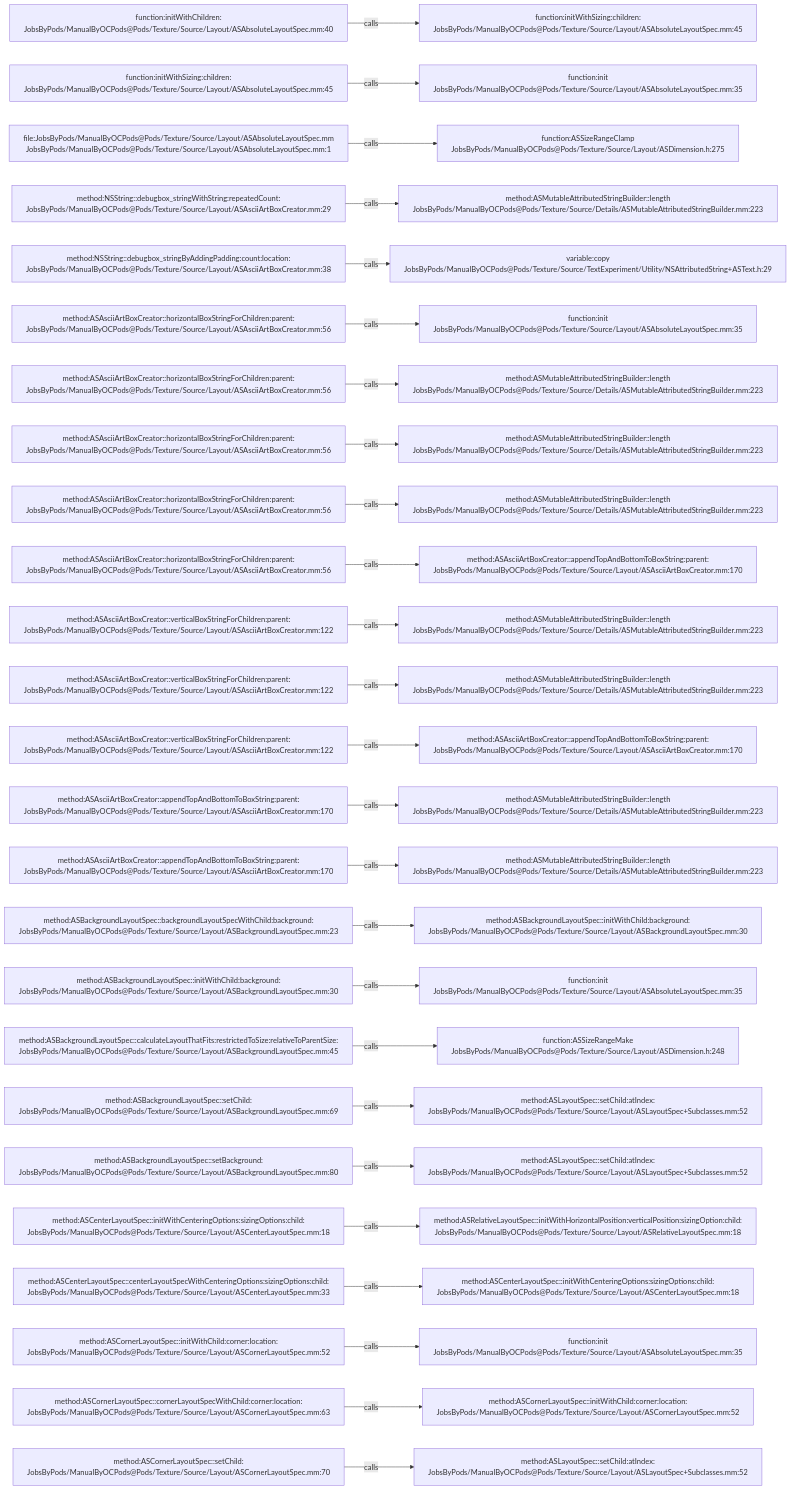
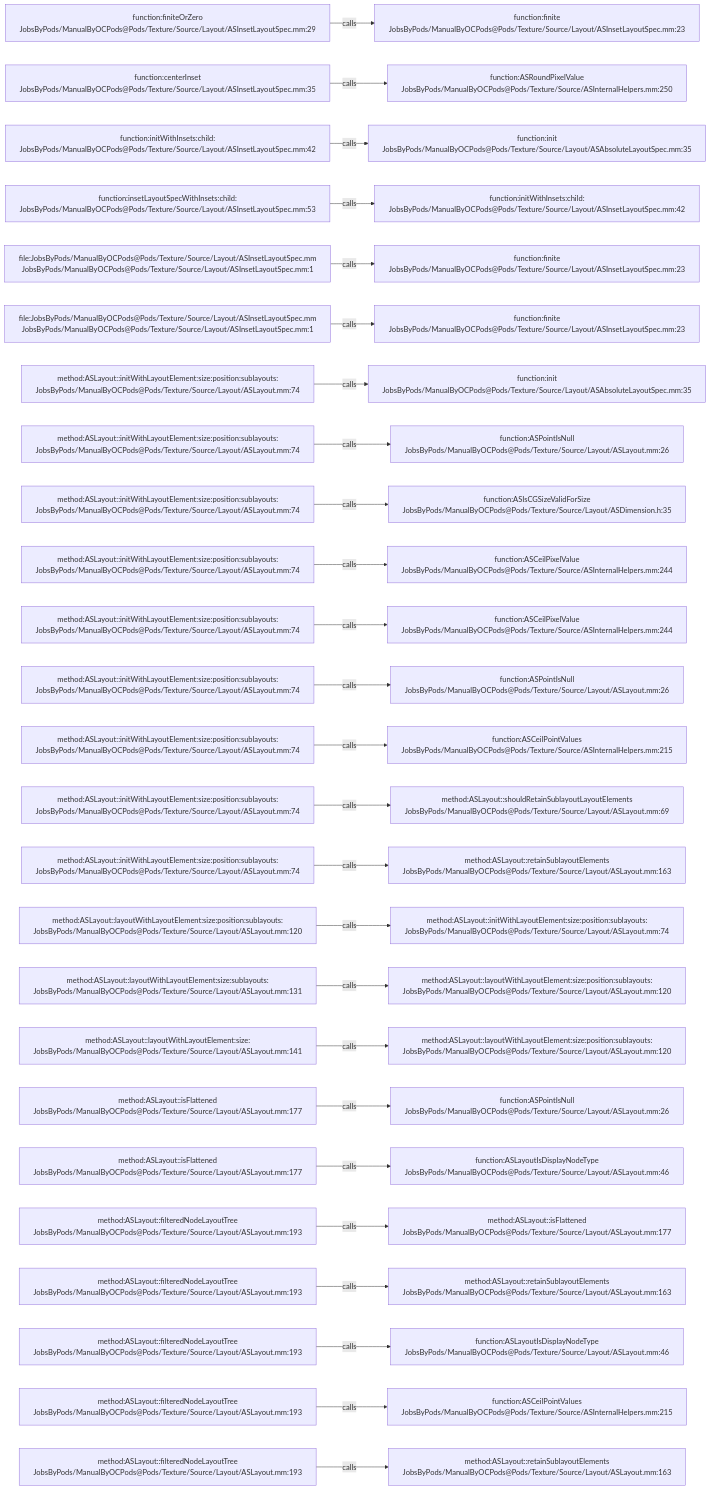
Before and after one commit to JobsKits/JobsOCBaseConfigDemo: the diagram in .codegraph/codegraph.md/graphs/calls-176.md, drawn with Mermaid. The commit also changed 1353 other files, not shown here.

````diff
--- a/.codegraph/codegraph.md/graphs/calls-176.md
+++ b/.codegraph/codegraph.md/graphs/calls-176.md
@@ -13,78 +13,78 @@
 ```mermaid
 flowchart LR
-  S1["function:initWithChildren:<br/>JobsByPods/ManualByOCPods@Pods/Texture/Source/Layout/ASAbsoluteLayoutSpec.mm:40"]
-  T1["function:initWithSizing:children:<br/>JobsByPods/ManualByOCPods@Pods/Texture/Source/Layout/ASAbsoluteLayoutSpec.mm:45"]
+  S1["function:finiteOrZero<br/>JobsByPods/ManualByOCPods@Pods/Texture/Source/Layout/ASInsetLayoutSpec.mm:29"]
+  T1["function:finite<br/>JobsByPods/ManualByOCPods@Pods/Texture/Source/Layout/ASInsetLayoutSpec.mm:23"]
   S1 -->|calls| T1
-  S2["function:initWithSizing:children:<br/>JobsByPods/ManualByOCPods@Pods/Texture/Source/Layout/ASAbsoluteLayoutSpec.mm:45"]
-  T2["function:init<br/>JobsByPods/ManualByOCPods@Pods/Texture/Source/Layout/ASAbsoluteLayoutSpec.mm:35"]
+  S2["function:centerInset<br/>JobsByPods/ManualByOCPods@Pods/Texture/Source/Layout/ASInsetLayoutSpec.mm:35"]
+  T2["function:ASRoundPixelValue<br/>JobsByPods/ManualByOCPods@Pods/Texture/Source/ASInternalHelpers.mm:250"]
   S2 -->|calls| T2
-  S3["file:JobsByPods/ManualByOCPods@Pods/Texture/Source/Layout/ASAbsoluteLayoutSpec.mm<br/>JobsByPods/ManualByOCPods@Pods/Texture/Source/Layout/ASAbsoluteLayoutSpec.mm:1"]
-  T3["function:ASSizeRangeClamp<br/>JobsByPods/ManualByOCPods@Pods/Texture/Source/Layout/ASDimension.h:275"]
+  S3["function:initWithInsets:child:<br/>JobsByPods/ManualByOCPods@Pods/Texture/Source/Layout/ASInsetLayoutSpec.mm:42"]
+  T3["function:init<br/>JobsByPods/ManualByOCPods@Pods/Texture/Source/Layout/ASAbsoluteLayoutSpec.mm:35"]
   S3 -->|calls| T3
-  S4["method:NSString::debugbox_stringWithString:repeatedCount:<br/>JobsByPods/ManualByOCPods@Pods/Texture/Source/Layout/ASAsciiArtBoxCreator.mm:29"]
-  T4["method:ASMutableAttributedStringBuilder::length<br/>JobsByPods/ManualByOCPods@Pods/Texture/Source/Details/ASMutableAttributedStringBuilder.mm:223"]
+  S4["function:insetLayoutSpecWithInsets:child:<br/>JobsByPods/ManualByOCPods@Pods/Texture/Source/Layout/ASInsetLayoutSpec.mm:53"]
+  T4["function:initWithInsets:child:<br/>JobsByPods/ManualByOCPods@Pods/Texture/Source/Layout/ASInsetLayoutSpec.mm:42"]
   S4 -->|calls| T4
-  S5["method:NSString::debugbox_stringByAddingPadding:count:location:<br/>JobsByPods/ManualByOCPods@Pods/Texture/Source/Layout/ASAsciiArtBoxCreator.mm:38"]
-  T5["variable:copy<br/>JobsByPods/ManualByOCPods@Pods/Texture/Source/TextExperiment/Utility/NSAttributedString+ASText.h:29"]
+  S5["file:JobsByPods/ManualByOCPods@Pods/Texture/Source/Layout/ASInsetLayoutSpec.mm<br/>JobsByPods/ManualByOCPods@Pods/Texture/Source/Layout/ASInsetLayoutSpec.mm:1"]
+  T5["function:finite<br/>JobsByPods/ManualByOCPods@Pods/Texture/Source/Layout/ASInsetLayoutSpec.mm:23"]
   S5 -->|calls| T5
-  S6["method:ASAsciiArtBoxCreator::horizontalBoxStringForChildren:parent:<br/>JobsByPods/ManualByOCPods@Pods/Texture/Source/Layout/ASAsciiArtBoxCreator.mm:56"]
-  T6["function:init<br/>JobsByPods/ManualByOCPods@Pods/Texture/Source/Layout/ASAbsoluteLayoutSpec.mm:35"]
+  S6["file:JobsByPods/ManualByOCPods@Pods/Texture/Source/Layout/ASInsetLayoutSpec.mm<br/>JobsByPods/ManualByOCPods@Pods/Texture/Source/Layout/ASInsetLayoutSpec.mm:1"]
+  T6["function:finite<br/>JobsByPods/ManualByOCPods@Pods/Texture/Source/Layout/ASInsetLayoutSpec.mm:23"]
   S6 -->|calls| T6
-  S7["method:ASAsciiArtBoxCreator::horizontalBoxStringForChildren:parent:<br/>JobsByPods/ManualByOCPods@Pods/Texture/Source/Layout/ASAsciiArtBoxCreator.mm:56"]
-  T7["method:ASMutableAttributedStringBuilder::length<br/>JobsByPods/ManualByOCPods@Pods/Texture/Source/Details/ASMutableAttributedStringBuilder.mm:223"]
+  S7["method:ASLayout::initWithLayoutElement:size:position:sublayouts:<br/>JobsByPods/ManualByOCPods@Pods/Texture/Source/Layout/ASLayout.mm:74"]
+  T7["function:init<br/>JobsByPods/ManualByOCPods@Pods/Texture/Source/Layout/ASAbsoluteLayoutSpec.mm:35"]
   S7 -->|calls| T7
-  S8["method:ASAsciiArtBoxCreator::horizontalBoxStringForChildren:parent:<br/>JobsByPods/ManualByOCPods@Pods/Texture/Source/Layout/ASAsciiArtBoxCreator.mm:56"]
-  T8["method:ASMutableAttributedStringBuilder::length<br/>JobsByPods/ManualByOCPods@Pods/Texture/Source/Details/ASMutableAttributedStringBuilder.mm:223"]
+  S8["method:ASLayout::initWithLayoutElement:size:position:sublayouts:<br/>JobsByPods/ManualByOCPods@Pods/Texture/Source/Layout/ASLayout.mm:74"]
+  T8["function:ASPointIsNull<br/>JobsByPods/ManualByOCPods@Pods/Texture/Source/Layout/ASLayout.mm:26"]
   S8 -->|calls| T8
-  S9["method:ASAsciiArtBoxCreator::horizontalBoxStringForChildren:parent:<br/>JobsByPods/ManualByOCPods@Pods/Texture/Source/Layout/ASAsciiArtBoxCreator.mm:56"]
-  T9["method:ASMutableAttributedStringBuilder::length<br/>JobsByPods/ManualByOCPods@Pods/Texture/Source/Details/ASMutableAttributedStringBuilder.mm:223"]
+  S9["method:ASLayout::initWithLayoutElement:size:position:sublayouts:<br/>JobsByPods/ManualByOCPods@Pods/Texture/Source/Layout/ASLayout.mm:74"]
+  T9["function:ASIsCGSizeValidForSize<br/>JobsByPods/ManualByOCPods@Pods/Texture/Source/Layout/ASDimension.h:35"]
   S9 -->|calls| T9
-  S10["method:ASAsciiArtBoxCreator::horizontalBoxStringForChildren:parent:<br/>JobsByPods/ManualByOCPods@Pods/Texture/Source/Layout/ASAsciiArtBoxCreator.mm:56"]
-  T10["method:ASAsciiArtBoxCreator::appendTopAndBottomToBoxString:parent:<br/>JobsByPods/ManualByOCPods@Pods/Texture/Source/Layout/ASAsciiArtBoxCreator.mm:170"]
+  S10["method:ASLayout::initWithLayoutElement:size:position:sublayouts:<br/>JobsByPods/ManualByOCPods@Pods/Texture/Source/Layout/ASLayout.mm:74"]
+  T10["function:ASCeilPixelValue<br/>JobsByPods/ManualByOCPods@Pods/Texture/Source/ASInternalHelpers.mm:244"]
   S10 -->|calls| T10
-  S11["method:ASAsciiArtBoxCreator::verticalBoxStringForChildren:parent:<br/>JobsByPods/ManualByOCPods@Pods/Texture/Source/Layout/ASAsciiArtBoxCreator.mm:122"]
-  T11["method:ASMutableAttributedStringBuilder::length<br/>JobsByPods/ManualByOCPods@Pods/Texture/Source/Details/ASMutableAttributedStringBuilder.mm:223"]
+  S11["method:ASLayout::initWithLayoutElement:size:position:sublayouts:<br/>JobsByPods/ManualByOCPods@Pods/Texture/Source/Layout/ASLayout.mm:74"]
+  T11["function:ASCeilPixelValue<br/>JobsByPods/ManualByOCPods@Pods/Texture/Source/ASInternalHelpers.mm:244"]
   S11 -->|calls| T11
-  S12["method:ASAsciiArtBoxCreator::verticalBoxStringForChildren:parent:<br/>JobsByPods/ManualByOCPods@Pods/Texture/Source/Layout/ASAsciiArtBoxCreator.mm:122"]
-  T12["method:ASMutableAttributedStringBuilder::length<br/>JobsByPods/ManualByOCPods@Pods/Texture/Source/Details/ASMutableAttributedStringBuilder.mm:223"]
+  S12["method:ASLayout::initWithLayoutElement:size:position:sublayouts:<br/>JobsByPods/ManualByOCPods@Pods/Texture/Source/Layout/ASLayout.mm:74"]
+  T12["function:ASPointIsNull<br/>JobsByPods/ManualByOCPods@Pods/Texture/Source/Layout/ASLayout.mm:26"]
   S12 -->|calls| T12
-  S13["method:ASAsciiArtBoxCreator::verticalBoxStringForChildren:parent:<br/>JobsByPods/ManualByOCPods@Pods/Texture/Source/Layout/ASAsciiArtBoxCreator.mm:122"]
-  T13["method:ASAsciiArtBoxCreator::appendTopAndBottomToBoxString:parent:<br/>JobsByPods/ManualByOCPods@Pods/Texture/Source/Layout/ASAsciiArtBoxCreator.mm:170"]
+  S13["method:ASLayout::initWithLayoutElement:size:position:sublayouts:<br/>JobsByPods/ManualByOCPods@Pods/Texture/Source/Layout/ASLayout.mm:74"]
+  T13["function:ASCeilPointValues<br/>JobsByPods/ManualByOCPods@Pods/Texture/Source/ASInternalHelpers.mm:215"]
   S13 -->|calls| T13
-  S14["method:ASAsciiArtBoxCreator::appendTopAndBottomToBoxString:parent:<br/>JobsByPods/ManualByOCPods@Pods/Texture/Source/Layout/ASAsciiArtBoxCreator.mm:170"]
-  T14["method:ASMutableAttributedStringBuilder::length<br/>JobsByPods/ManualByOCPods@Pods/Texture/Source/Details/ASMutableAttributedStringBuilder.mm:223"]
+  S14["method:ASLayout::initWithLayoutElement:size:position:sublayouts:<br/>JobsByPods/ManualByOCPods@Pods/Texture/Source/Layout/ASLayout.mm:74"]
+  T14["method:ASLayout::shouldRetainSublayoutLayoutElements<br/>JobsByPods/ManualByOCPods@Pods/Texture/Source/Layout/ASLayout.mm:69"]
   S14 -->|calls| T14
-  S15["method:ASAsciiArtBoxCreator::appendTopAndBottomToBoxString:parent:<br/>JobsByPods/ManualByOCPods@Pods/Texture/Source/Layout/ASAsciiArtBoxCreator.mm:170"]
-  T15["method:ASMutableAttributedStringBuilder::length<br/>JobsByPods/ManualByOCPods@Pods/Texture/Source/Details/ASMutableAttributedStringBuilder.mm:223"]
+  S15["method:ASLayout::initWithLayoutElement:size:position:sublayouts:<br/>JobsByPods/ManualByOCPods@Pods/Texture/Source/Layout/ASLayout.mm:74"]
+  T15["method:ASLayout::retainSublayoutElements<br/>JobsByPods/ManualByOCPods@Pods/Texture/Source/Layout/ASLayout.mm:163"]
   S15 -->|calls| T15
-  S16["method:ASBackgroundLayoutSpec::backgroundLayoutSpecWithChild:background:<br/>JobsByPods/ManualByOCPods@Pods/Texture/Source/Layout/ASBackgroundLayoutSpec.mm:23"]
-  T16["method:ASBackgroundLayoutSpec::initWithChild:background:<br/>JobsByPods/ManualByOCPods@Pods/Texture/Source/Layout/ASBackgroundLayoutSpec.mm:30"]
+  S16["method:ASLayout::layoutWithLayoutElement:size:position:sublayouts:<br/>JobsByPods/ManualByOCPods@Pods/Texture/Source/Layout/ASLayout.mm:120"]
+  T16["method:ASLayout::initWithLayoutElement:size:position:sublayouts:<br/>JobsByPods/ManualByOCPods@Pods/Texture/Source/Layout/ASLayout.mm:74"]
   S16 -->|calls| T16
-  S17["method:ASBackgroundLayoutSpec::initWithChild:background:<br/>JobsByPods/ManualByOCPods@Pods/Texture/Source/Layout/ASBackgroundLayoutSpec.mm:30"]
-  T17["function:init<br/>JobsByPods/ManualByOCPods@Pods/Texture/Source/Layout/ASAbsoluteLayoutSpec.mm:35"]
+  S17["method:ASLayout::layoutWithLayoutElement:size:sublayouts:<br/>JobsByPods/ManualByOCPods@Pods/Texture/Source/Layout/ASLayout.mm:131"]
+  T17["method:ASLayout::layoutWithLayoutElement:size:position:sublayouts:<br/>JobsByPods/ManualByOCPods@Pods/Texture/Source/Layout/ASLayout.mm:120"]
   S17 -->|calls| T17
-  S18["method:ASBackgroundLayoutSpec::calculateLayoutThatFits:restrictedToSize:relativeToParentSize:<br/>JobsByPods/ManualByOCPods@Pods/Texture/Source/Layout/ASBackgroundLayoutSpec.mm:45"]
-  T18["function:ASSizeRangeMake<br/>JobsByPods/ManualByOCPods@Pods/Texture/Source/Layout/ASDimension.h:248"]
+  S18["method:ASLayout::layoutWithLayoutElement:size:<br/>JobsByPods/ManualByOCPods@Pods/Texture/Source/Layout/ASLayout.mm:141"]
+  T18["method:ASLayout::layoutWithLayoutElement:size:position:sublayouts:<br/>JobsByPods/ManualByOCPods@Pods/Texture/Source/Layout/ASLayout.mm:120"]
   S18 -->|calls| T18
-  S19["method:ASBackgroundLayoutSpec::setChild:<br/>JobsByPods/ManualByOCPods@Pods/Texture/Source/Layout/ASBackgroundLayoutSpec.mm:69"]
-  T19["method:ASLayoutSpec::setChild:atIndex:<br/>JobsByPods/ManualByOCPods@Pods/Texture/Source/Layout/ASLayoutSpec+Subclasses.mm:52"]
+  S19["method:ASLayout::isFlattened<br/>JobsByPods/ManualByOCPods@Pods/Texture/Source/Layout/ASLayout.mm:177"]
+  T19["function:ASPointIsNull<br/>JobsByPods/ManualByOCPods@Pods/Texture/Source/Layout/ASLayout.mm:26"]
   S19 -->|calls| T19
-  S20["method:ASBackgroundLayoutSpec::setBackground:<br/>JobsByPods/ManualByOCPods@Pods/Texture/Source/Layout/ASBackgroundLayoutSpec.mm:80"]
-  T20["method:ASLayoutSpec::setChild:atIndex:<br/>JobsByPods/ManualByOCPods@Pods/Texture/Source/Layout/ASLayoutSpec+Subclasses.mm:52"]
+  S20["method:ASLayout::isFlattened<br/>JobsByPods/ManualByOCPods@Pods/Texture/Source/Layout/ASLayout.mm:177"]
+  T20["function:ASLayoutIsDisplayNodeType<br/>JobsByPods/ManualByOCPods@Pods/Texture/Source/Layout/ASLayout.mm:46"]
   S20 -->|calls| T20
-  S21["method:ASCenterLayoutSpec::initWithCenteringOptions:sizingOptions:child:<br/>JobsByPods/ManualByOCPods@Pods/Texture/Source/Layout/ASCenterLayoutSpec.mm:18"]
-  T21["method:ASRelativeLayoutSpec::initWithHorizontalPosition:verticalPosition:sizingOption:child:<br/>JobsByPods/ManualByOCPods@Pods/Texture/Source/Layout/ASRelativeLayoutSpec.mm:18"]
+  S21["method:ASLayout::filteredNodeLayoutTree<br/>JobsByPods/ManualByOCPods@Pods/Texture/Source/Layout/ASLayout.mm:193"]
+  T21["method:ASLayout::isFlattened<br/>JobsByPods/ManualByOCPods@Pods/Texture/Source/Layout/ASLayout.mm:177"]
   S21 -->|calls| T21
-  S22["method:ASCenterLayoutSpec::centerLayoutSpecWithCenteringOptions:sizingOptions:child:<br/>JobsByPods/ManualByOCPods@Pods/Texture/Source/Layout/ASCenterLayoutSpec.mm:33"]
-  T22["method:ASCenterLayoutSpec::initWithCenteringOptions:sizingOptions:child:<br/>JobsByPods/ManualByOCPods@Pods/Texture/Source/Layout/ASCenterLayoutSpec.mm:18"]
+  S22["method:ASLayout::filteredNodeLayoutTree<br/>JobsByPods/ManualByOCPods@Pods/Texture/Source/Layout/ASLayout.mm:193"]
+  T22["method:ASLayout::retainSublayoutElements<br/>JobsByPods/ManualByOCPods@Pods/Texture/Source/Layout/ASLayout.mm:163"]
   S22 -->|calls| T22
-  S23["method:ASCornerLayoutSpec::initWithChild:corner:location:<br/>JobsByPods/ManualByOCPods@Pods/Texture/Source/Layout/ASCornerLayoutSpec.mm:52"]
-  T23["function:init<br/>JobsByPods/ManualByOCPods@Pods/Texture/Source/Layout/ASAbsoluteLayoutSpec.mm:35"]
+  S23["method:ASLayout::filteredNodeLayoutTree<br/>JobsByPods/ManualByOCPods@Pods/Texture/Source/Layout/ASLayout.mm:193"]
+  T23["function:ASLayoutIsDisplayNodeType<br/>JobsByPods/ManualByOCPods@Pods/Texture/Source/Layout/ASLayout.mm:46"]
   S23 -->|calls| T23
-  S24["method:ASCornerLayoutSpec::cornerLayoutSpecWithChild:corner:location:<br/>JobsByPods/ManualByOCPods@Pods/Texture/Source/Layout/ASCornerLayoutSpec.mm:63"]
-  T24["method:ASCornerLayoutSpec::initWithChild:corner:location:<br/>JobsByPods/ManualByOCPods@Pods/Texture/Source/Layout/ASCornerLayoutSpec.mm:52"]
+  S24["method:ASLayout::filteredNodeLayoutTree<br/>JobsByPods/ManualByOCPods@Pods/Texture/Source/Layout/ASLayout.mm:193"]
+  T24["function:ASCeilPointValues<br/>JobsByPods/ManualByOCPods@Pods/Texture/Source/ASInternalHelpers.mm:215"]
   S24 -->|calls| T24
-  S25["method:ASCornerLayoutSpec::setChild:<br/>JobsByPods/ManualByOCPods@Pods/Texture/Source/Layout/ASCornerLayoutSpec.mm:70"]
-  T25["method:ASLayoutSpec::setChild:atIndex:<br/>JobsByPods/ManualByOCPods@Pods/Texture/Source/Layout/ASLayoutSpec+Subclasses.mm:52"]
+  S25["method:ASLayout::filteredNodeLayoutTree<br/>JobsByPods/ManualByOCPods@Pods/Texture/Source/Layout/ASLayout.mm:193"]
+  T25["method:ASLayout::retainSublayoutElements<br/>JobsByPods/ManualByOCPods@Pods/Texture/Source/Layout/ASLayout.mm:163"]
   S25 -->|calls| T25
 ```
````
